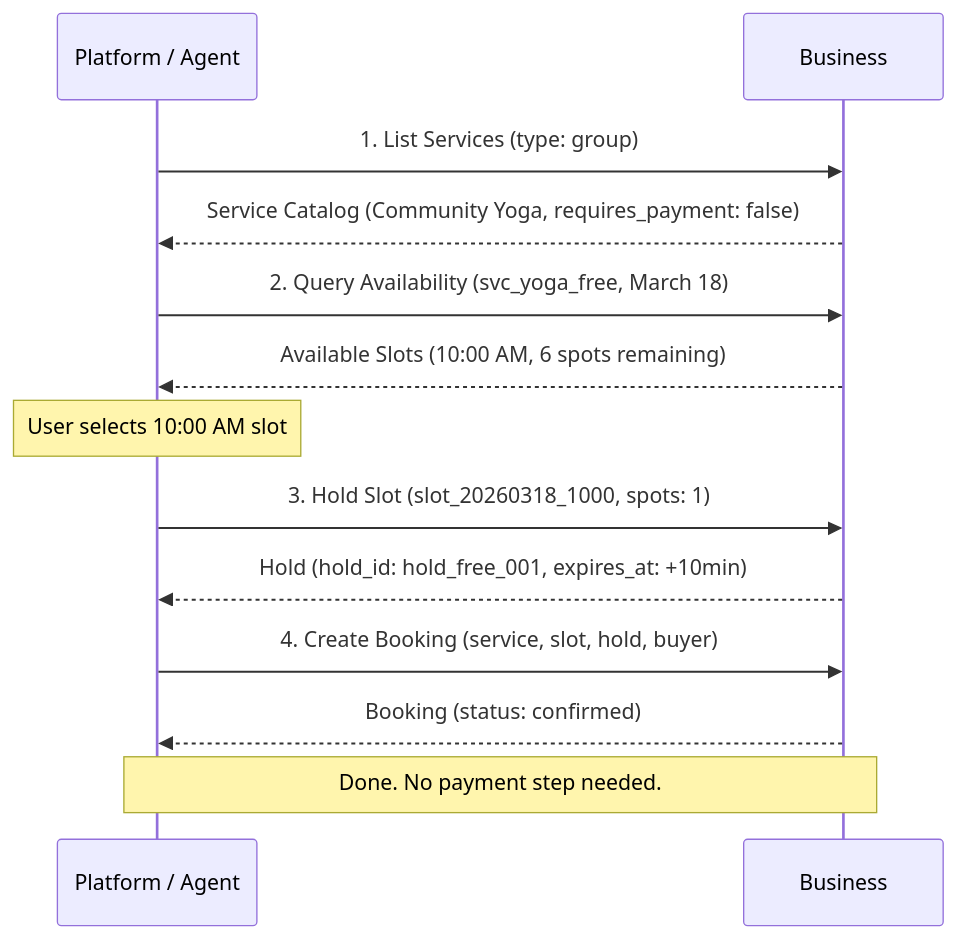
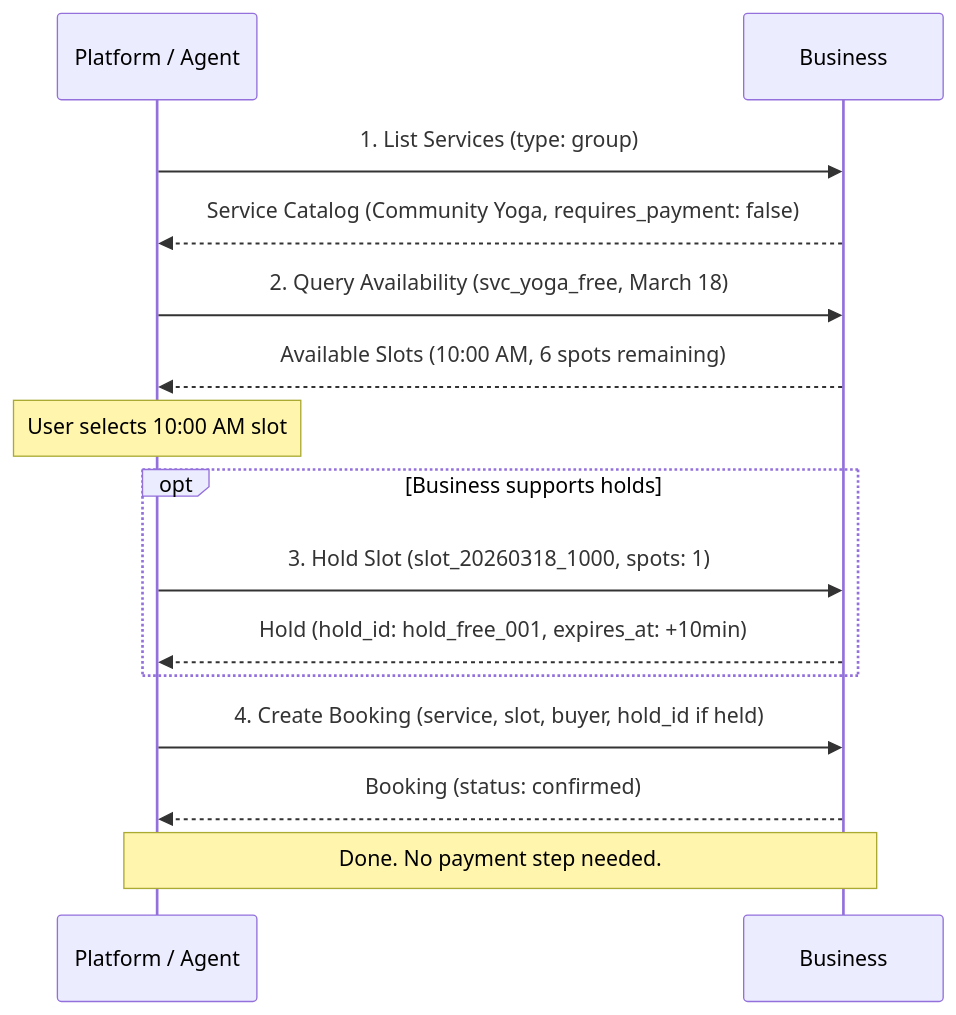
Before and after one commit to wix/universal-scheduling-protocol: the fourth of 9 diagrams in specification.md, drawn with Mermaid. The commit also changed other lines of this file and 4 other files, not shown here.

````diff
--- a/specification.md
+++ b/specification.md
@@ -1809,16 +1868,18 @@
 ```mermaid
 sequenceDiagram
     participant P as Platform / Agent
     participant B as Business
 
     P->>B: 1. List Services (type: group)
     B-->>P: Service Catalog (Community Yoga, requires_payment: false)
     P->>B: 2. Query Availability (svc_yoga_free, March 18)
     B-->>P: Available Slots (10:00 AM, 6 spots remaining)
     Note over P: User selects 10:00 AM slot
+    opt Business supports holds
     P->>B: 3. Hold Slot (slot_20260318_1000, spots: 1)
     B-->>P: Hold (hold_id: hold_free_001, expires_at: +10min)
-    P->>B: 4. Create Booking (service, slot, hold, buyer)
+    end
+    P->>B: 4. Create Booking (service, slot, buyer, hold_id if held)
     B-->>P: Booking (status: confirmed)
     Note over P,B: Done. No payment step needed.
 ```
````
